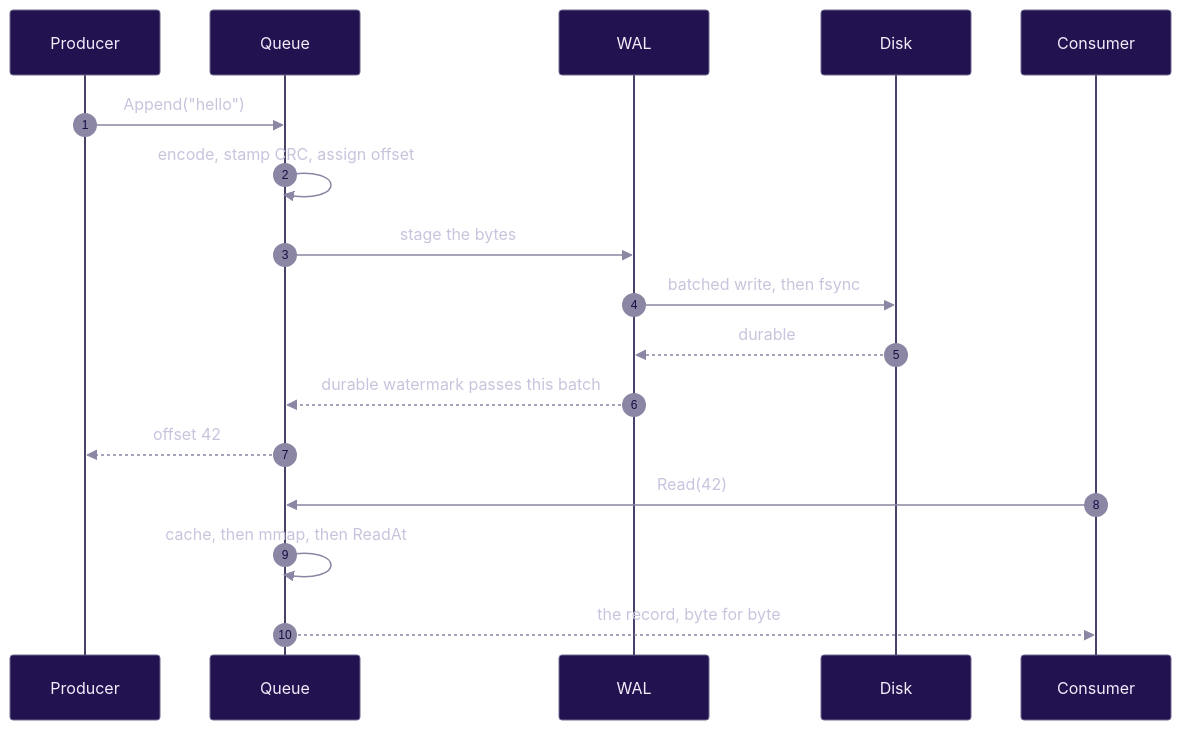
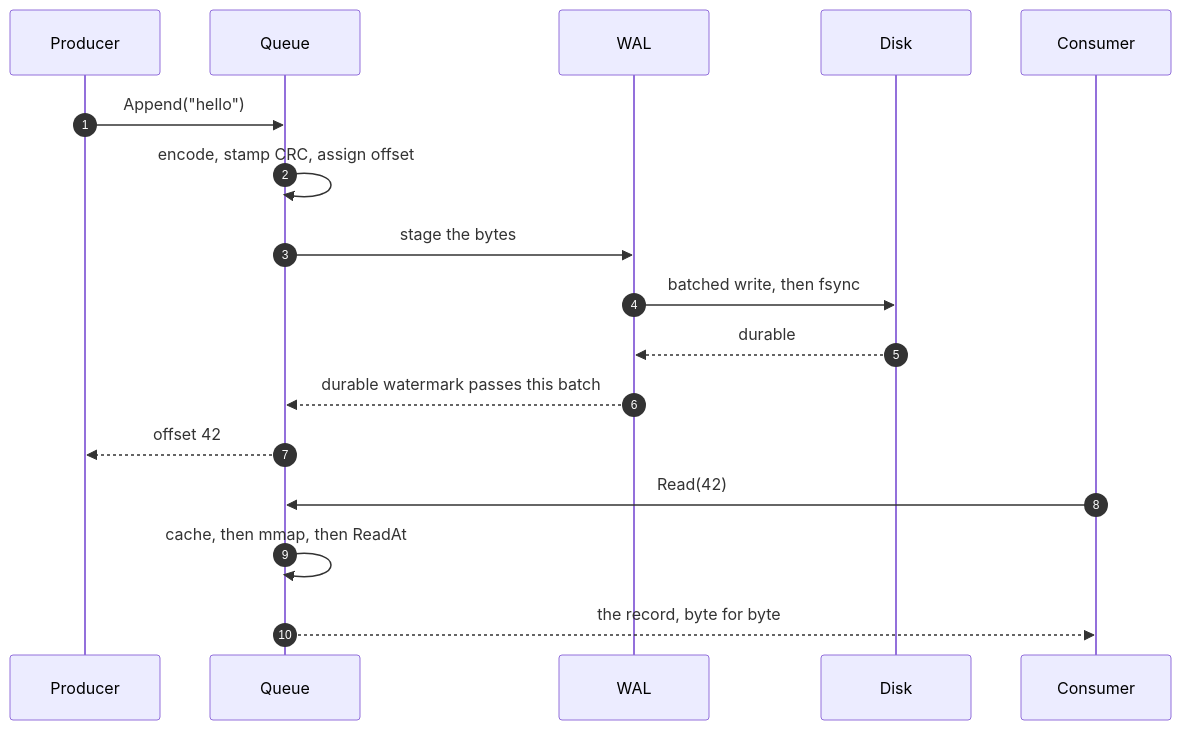
The third of 15 diagrams in ARCHITECTURE.md (dmunish/mikyu), drawn with Mermaid before and after one commit. The commit also changed other lines of this file, not shown here.

Commit message:
[docs] ARCHITECTURE: remove theming

````diff
--- a/ARCHITECTURE.md
+++ b/ARCHITECTURE.md
@@ -191,42 +156,25 @@
 ```mermaid
 ---
 config:
-  theme: base
   themeVariables:
-    background: "#170d44"
     fontFamily: "IBM Plex Mono, monospace"
-    primaryTextColor: "#f2eefb"
-    lineColor: "#6f6a8f"
-    actorBkg: "#221350"
-    actorBorder: "#6f6a8f"
-    actorTextColor: "#f2eefb"
-    actorLineColor: "#4a4169"
-    signalColor: "#8a86a3"
-    signalTextColor: "#c9c4dd"
-    noteBkgColor: "#241145"
-    noteBorderColor: "#a12789"
-    noteTextColor: "#c9c4dd"
-    activationBkgColor: "#3b2a5e"
-    activationBorderColor: "#6f6a8f"
-    loopTextColor: "#a29dbd"
-    sequenceNumberColor: "#170d44"
 ---
 sequenceDiagram
     autonumber
     participant P as Producer
     participant Q as Queue
     participant W as WAL
     participant D as Disk
     participant R as Consumer
 
     P->>Q: Append("hello")
     Q->>Q: encode, stamp CRC, assign offset
     Q->>W: stage the bytes
     W->>D: batched write, then fsync
     D-->>W: durable
     W-->>Q: durable watermark passes this batch
     Q-->>P: offset 42
     R->>Q: Read(42)
     Q->>Q: cache, then mmap, then ReadAt
     Q-->>R: the record, byte for byte
 ```
````
